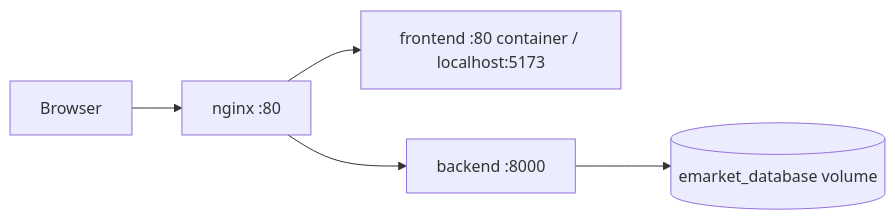
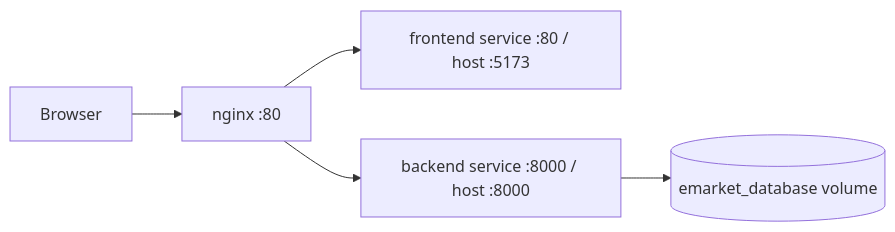
One commit to UmranAKKURT/emarket-smart-basket changed the third of 3 diagrams in README.md. Above: the diagram before and after it, drawn with Mermaid. The commit also changed other lines of this file and 9 other files, not shown here.

````diff
--- a/README.md
+++ b/README.md
@@ -453,7 +619,7 @@
 ```mermaid
 flowchart LR
     Browser["Browser"] --> Proxy["nginx :80"]
-    Proxy --> FE["frontend :80 container / localhost:5173"]
-    Proxy --> BE["backend :8000"]
+    Proxy --> FE["frontend service :80 / host :5173"]
+    Proxy --> BE["backend service :8000 / host :8000"]
     BE --> DB[("emarket_database volume")]
 ```
````
